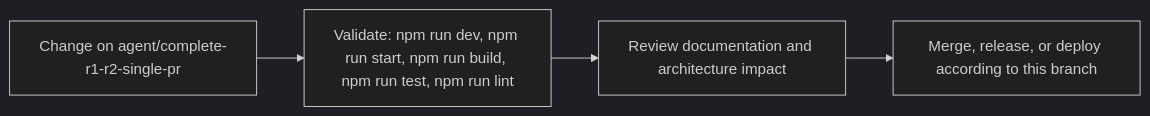
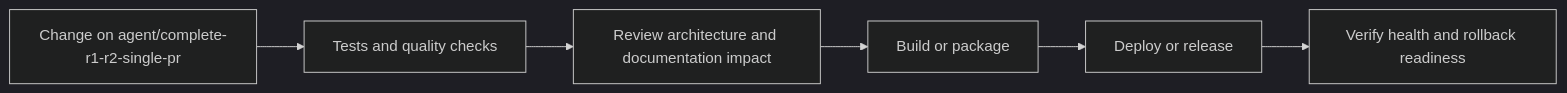
The fifth of 6 diagrams in README.md (Nischhalsubba/BindForge-NW), drawn with Mermaid (dark theme) before and after one commit. The commit also changed other lines of this file, not shown here.

````diff
--- a/README.md
+++ b/README.md
@@ -86,8 +182,8 @@
 ```mermaid
 flowchart LR
-    CHANGE["Change on agent/complete-r1-r2-single-pr"]
-    CHECK["Validate: npm run dev, npm run start, npm run build, npm run test, npm run lint"]
-    REVIEW["Review documentation and architecture impact"]
-    RELEASE["Merge, release, or deploy according to this branch"]
-    CHANGE --> CHECK --> REVIEW --> RELEASE
+    CHANGE["Change on agent/complete-r1-r2-single-pr"] --> CHECK["Tests and quality checks"]
+    CHECK --> REVIEW["Review architecture and documentation impact"]
+    REVIEW --> BUILD["Build or package"]
+    BUILD --> DEPLOY["Deploy or release"]
+    DEPLOY --> VERIFY["Verify health and rollback readiness"]
 ```
````
